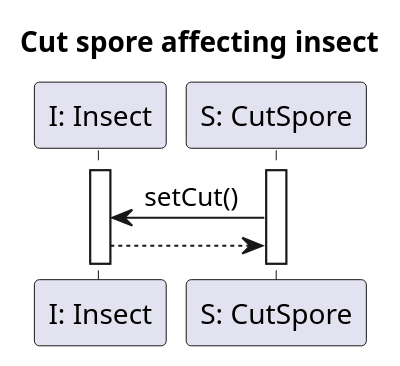
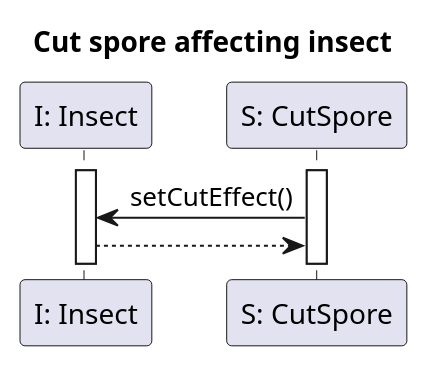
The diagram in diagrams/diagramFiles/SQ_SporeAffectsInsectWithCut.puml (Klastiv/Projlab_nullpointerexception), drawn with PlantUML before and after one commit. The commit also changed 4 other files, not shown here.

```diff
--- a/diagrams/diagramFiles/SQ_SporeAffectsInsectWithCut.puml
+++ b/diagrams/diagramFiles/SQ_SporeAffectsInsectWithCut.puml
@@ -1,14 +1,14 @@
 @startuml InsectSpeedUp
 
 title Cut spore affecting insect
 
 participant "I: Insect" as I
 participant "S: CutSpore" as Sp
 
 activate I
 activate Sp
 
-Sp -> I : setCut()
+Sp -> I : setCutEffect()
 I --> Sp
 
 @enduml
```
